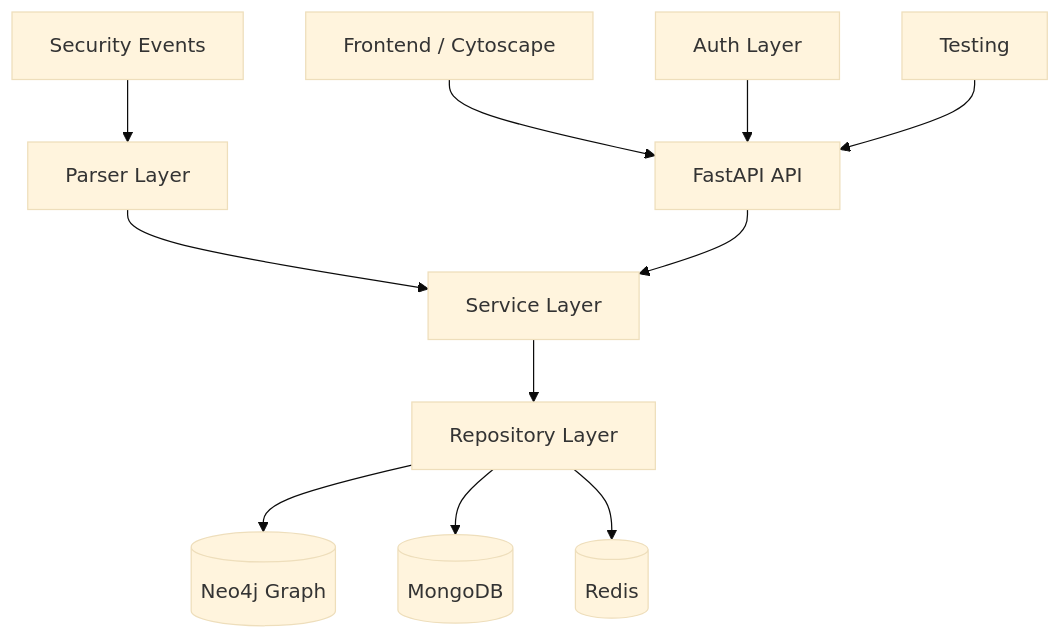
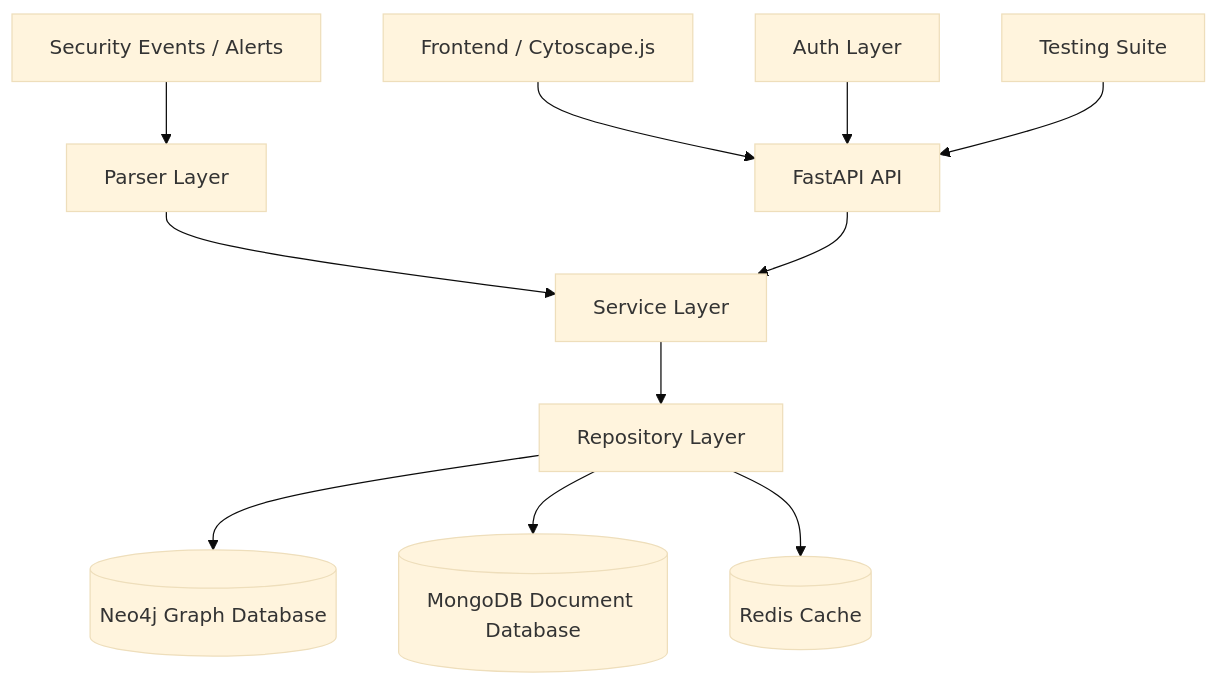
Before and after one commit to Nefen22/entity-management-for-soc: the diagram in docs/architecture.md, drawn with Mermaid (base theme). The commit also changed other lines of this file and 8 other files, not shown here.

````diff
--- a/docs/architecture.md
+++ b/docs/architecture.md
@@ -1,14 +5,14 @@
 ```mermaid
 flowchart TD
-    A[Security Events] --> B[Parser Layer]
+    A[Security Events / Alerts] --> B[Parser Layer]
     B --> C[Service Layer]
     F[FastAPI API] --> C
     C --> D[Repository Layer]
-    D --> E[(Neo4j Graph)]
-    D --> J[(MongoDB)]
-    D --> K[(Redis)]
+    D --> E[(Neo4j Graph Database)]
+    D --> J[(MongoDB Document Database)]
+    D --> K[(Redis Cache)]
 
-    G[Frontend / Cytoscape] --> F
+    G[Frontend / Cytoscape.js] --> F
     H[Auth Layer] --> F
-    I[Testing] --> F
+    I[Testing Suite] --> F
 ```
````
